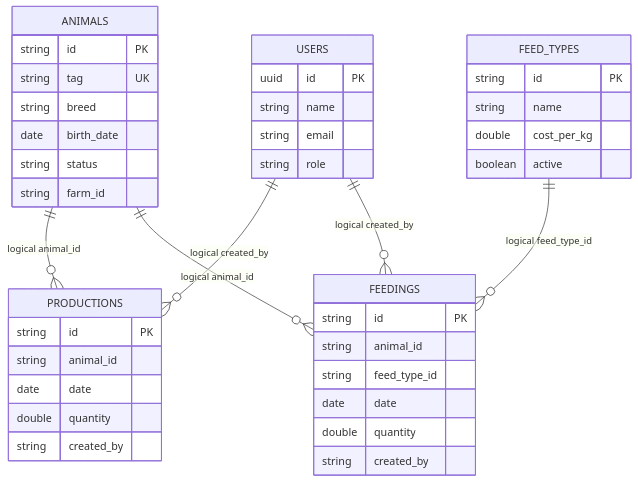
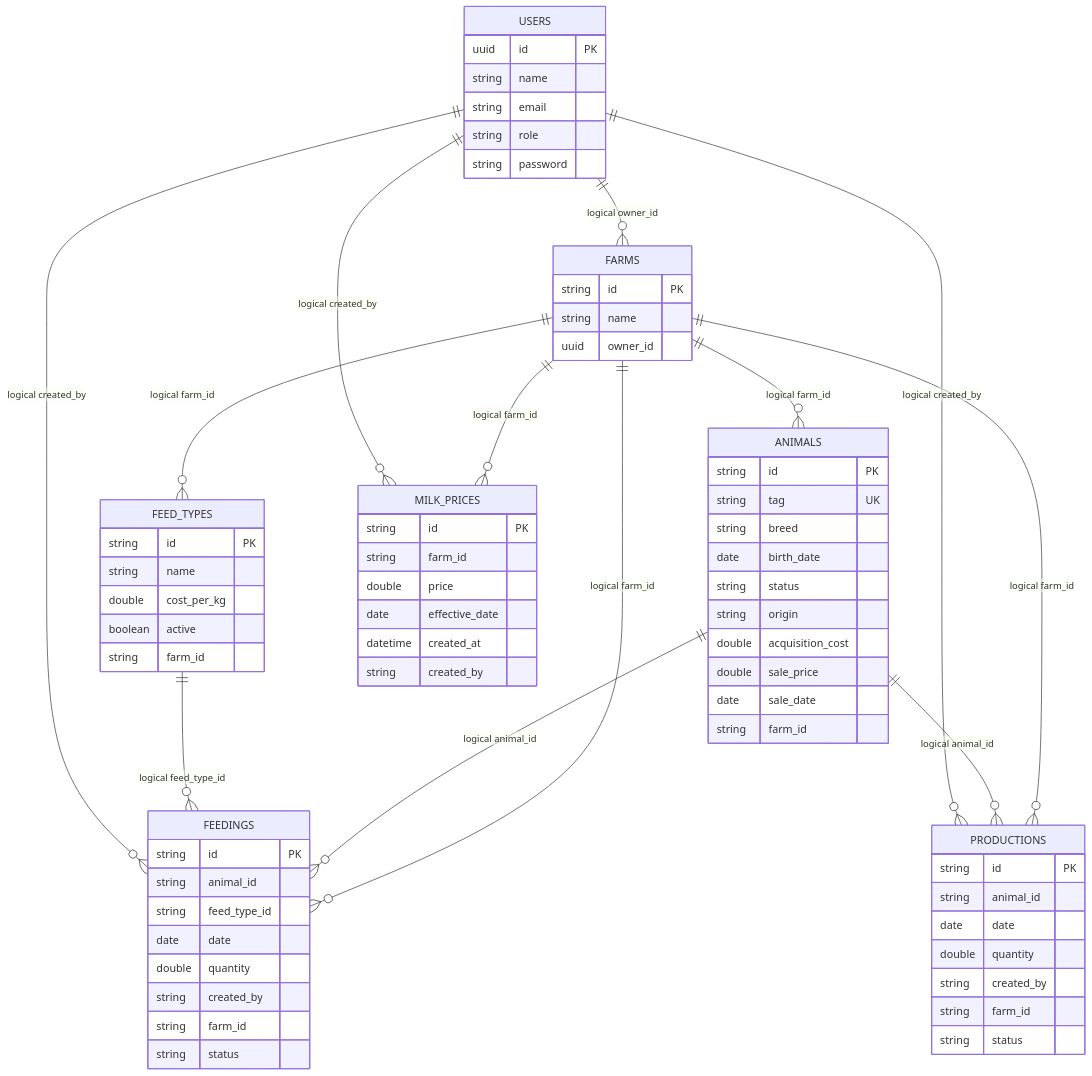
One commit to JUAN-P-A-B-L-O/farm_app changed the diagram in backend/farmapp/docs/diagrams/database.mmd. Above: the diagram before and after it, drawn with Mermaid. The commit also changed 16 other files, not shown here.

```diff
--- a/backend/farmapp/docs/diagrams/database.mmd
+++ b/backend/farmapp/docs/diagrams/database.mmd
@@ -1,46 +1,78 @@
 erDiagram
+    USERS {
+        uuid id PK
+        string name
+        string email
+        string role
+        string password
+    }
+
+    FARMS {
+        string id PK
+        string name
+        uuid owner_id
+    }
+
     ANIMALS {
         string id PK
         string tag UK
         string breed
         date birth_date
         string status
+        string origin
+        double acquisition_cost
+        double sale_price
+        date sale_date
         string farm_id
-    }
-
-    PRODUCTIONS {
-        string id PK
-        string animal_id
-        date date
-        double quantity
-        string created_by
     }
 
     FEED_TYPES {
         string id PK
         string name
         double cost_per_kg
         boolean active
+        string farm_id
     }
 
     FEEDINGS {
         string id PK
         string animal_id
         string feed_type_id
         date date
         double quantity
         string created_by
+        string farm_id
+        string status
     }
 
-    USERS {
-        uuid id PK
-        string name
-        string email
-        string role
+    PRODUCTIONS {
+        string id PK
+        string animal_id
+        date date
+        double quantity
+        string created_by
+        string farm_id
+        string status
     }
 
+    MILK_PRICES {
+        string id PK
+        string farm_id
+        double price
+        date effective_date
+        datetime created_at
+        string created_by
+    }
+
+    USERS ||--o{ FARMS : "logical owner_id"
+    FARMS ||--o{ ANIMALS : "logical farm_id"
+    FARMS ||--o{ FEED_TYPES : "logical farm_id"
+    FARMS ||--o{ FEEDINGS : "logical farm_id"
+    FARMS ||--o{ PRODUCTIONS : "logical farm_id"
+    FARMS ||--o{ MILK_PRICES : "logical farm_id"
     ANIMALS ||--o{ PRODUCTIONS : "logical animal_id"
     ANIMALS ||--o{ FEEDINGS : "logical animal_id"
     FEED_TYPES ||--o{ FEEDINGS : "logical feed_type_id"
     USERS ||--o{ PRODUCTIONS : "logical created_by"
     USERS ||--o{ FEEDINGS : "logical created_by"
+    USERS ||--o{ MILK_PRICES : "logical created_by"
```
